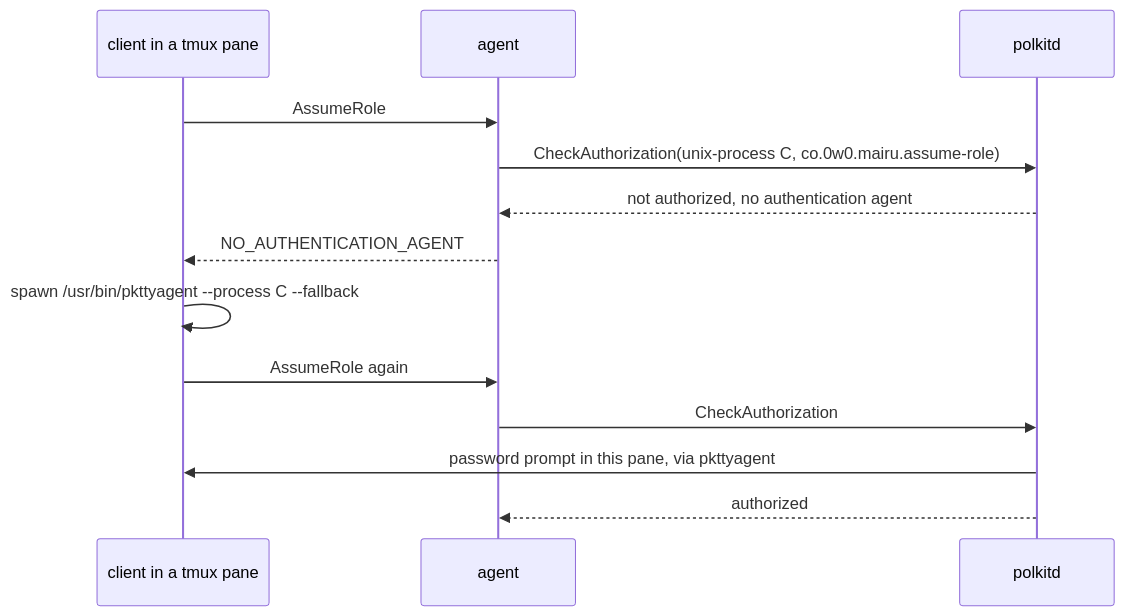
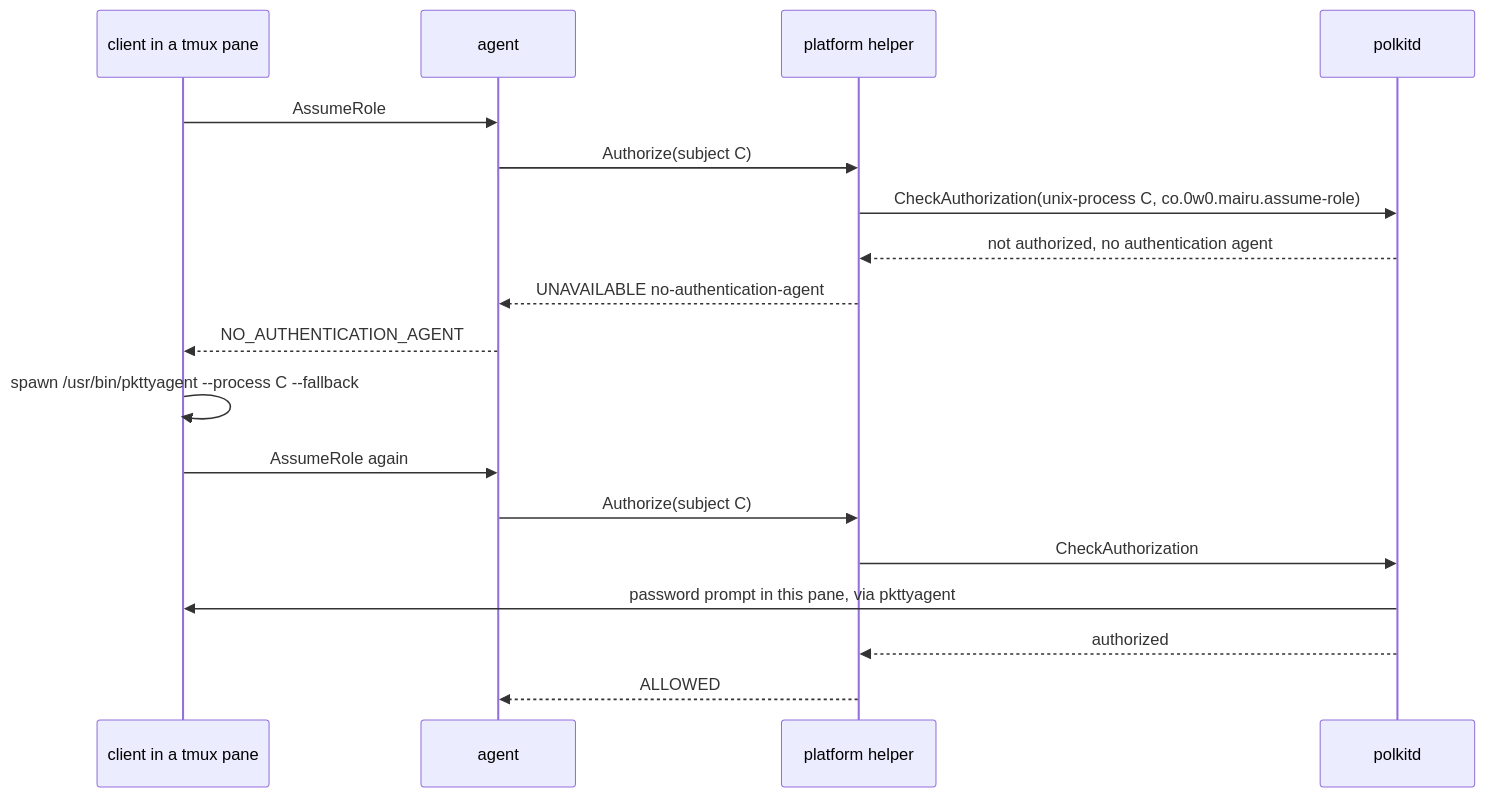
The third of 5 diagrams in docs/specs/platform-helper.md (sorah/mairu), drawn with Mermaid before and after one commit. The commit also changed other lines of this file and 2 other files, not shown here.

First line of the commit message:
docs/specs: always run platform services in the helper

````diff
--- a/docs/specs/platform-helper.md
+++ b/docs/specs/platform-helper.md
@@ -290,15 +332,20 @@
 ```mermaid
 sequenceDiagram
   participant C as client in a tmux pane
   participant A as agent
+  participant H as platform helper
   participant P as polkitd
   C->>A: AssumeRole
-  A->>P: CheckAuthorization(unix-process C, co.0w0.mairu.assume-role)
-  P-->>A: not authorized, no authentication agent
+  A->>H: Authorize(subject C)
+  H->>P: CheckAuthorization(unix-process C, co.0w0.mairu.assume-role)
+  P-->>H: not authorized, no authentication agent
+  H-->>A: UNAVAILABLE no-authentication-agent
   A-->>C: NO_AUTHENTICATION_AGENT
   C->>C: spawn /usr/bin/pkttyagent --process C --fallback
   C->>A: AssumeRole again
-  A->>P: CheckAuthorization
+  A->>H: Authorize(subject C)
+  H->>P: CheckAuthorization
   P->>C: password prompt in this pane, via pkttyagent
-  P-->>A: authorized
+  P-->>H: authorized
+  H-->>A: ALLOWED
 ```
````
